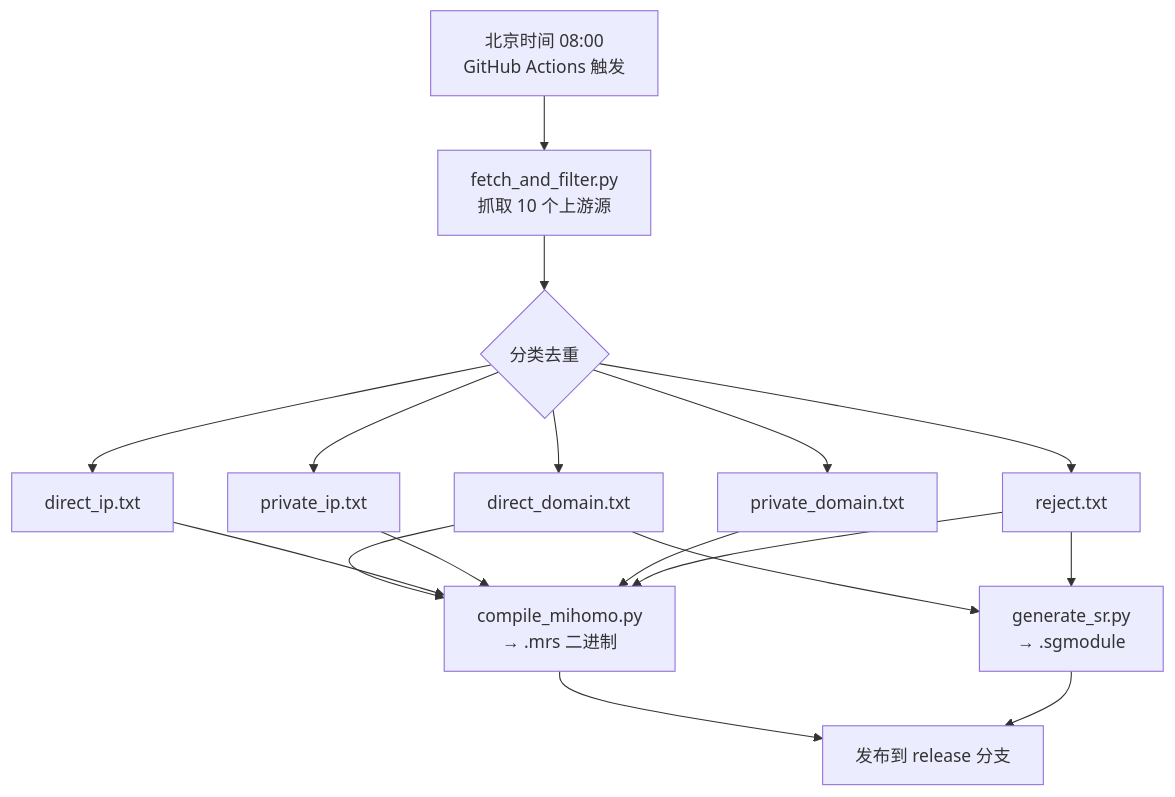
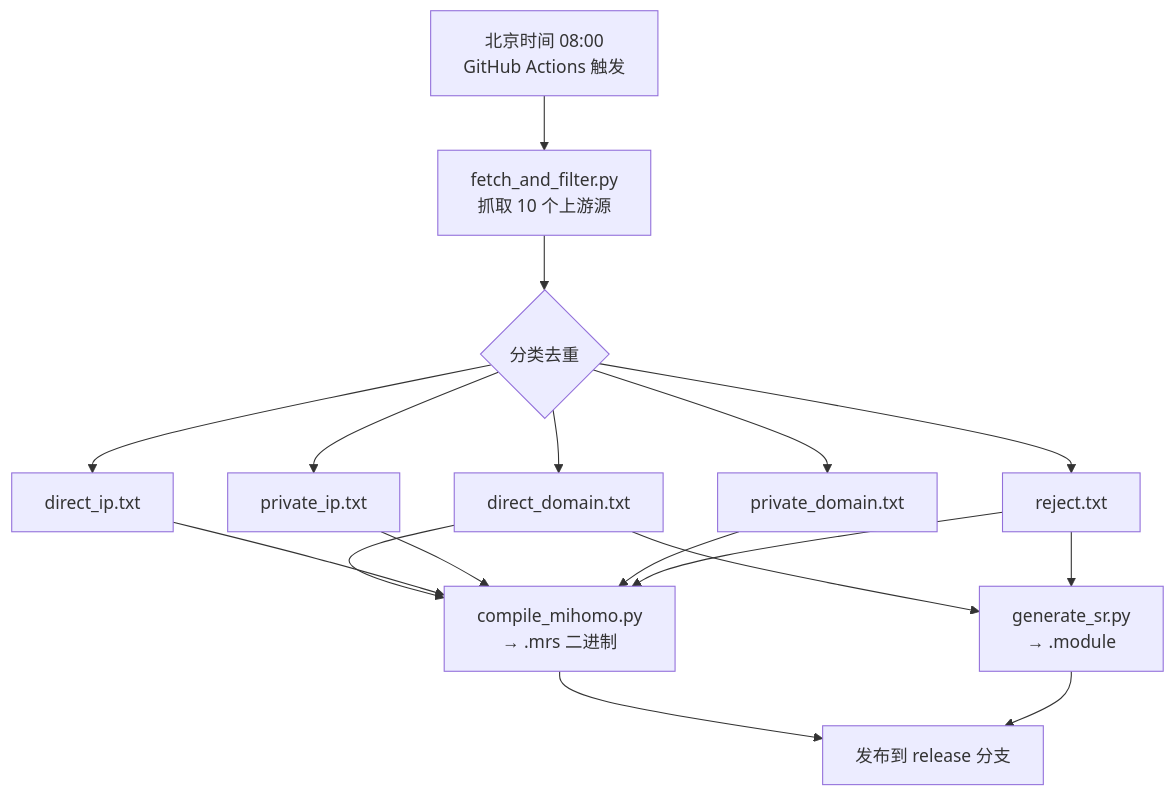
Before and after one commit to EastonSun/ProxyRules: the diagram in README.md, drawn with Mermaid. The commit also changed other lines of this file and 2 other files, not shown here.

Commit message:
rename sgmodule to module

````diff
--- a/README.md
+++ b/README.md
@@ -65,19 +65,19 @@
 ```mermaid
 graph TD
     A[北京时间 08:00<br/>GitHub Actions 触发] --> B[fetch_and_filter.py<br/>抓取 10 个上游源]
     B --> C{分类去重}
     C --> D[direct_domain.txt]
     C --> E[direct_ip.txt]
     C --> F[private_ip.txt]
     C --> G[private_domain.txt]
     C --> H[reject.txt]
     D --> I[compile_mihomo.py<br/>→ .mrs 二进制]
     E --> I
     F --> I
     G --> I
     H --> I
-    D --> J[generate_sr.py<br/>→ .sgmodule]
+    D --> J[generate_sr.py<br/>→ .module]
     H --> J
     I --> K[发布到 release 分支]
     J --> K
 ```
````
